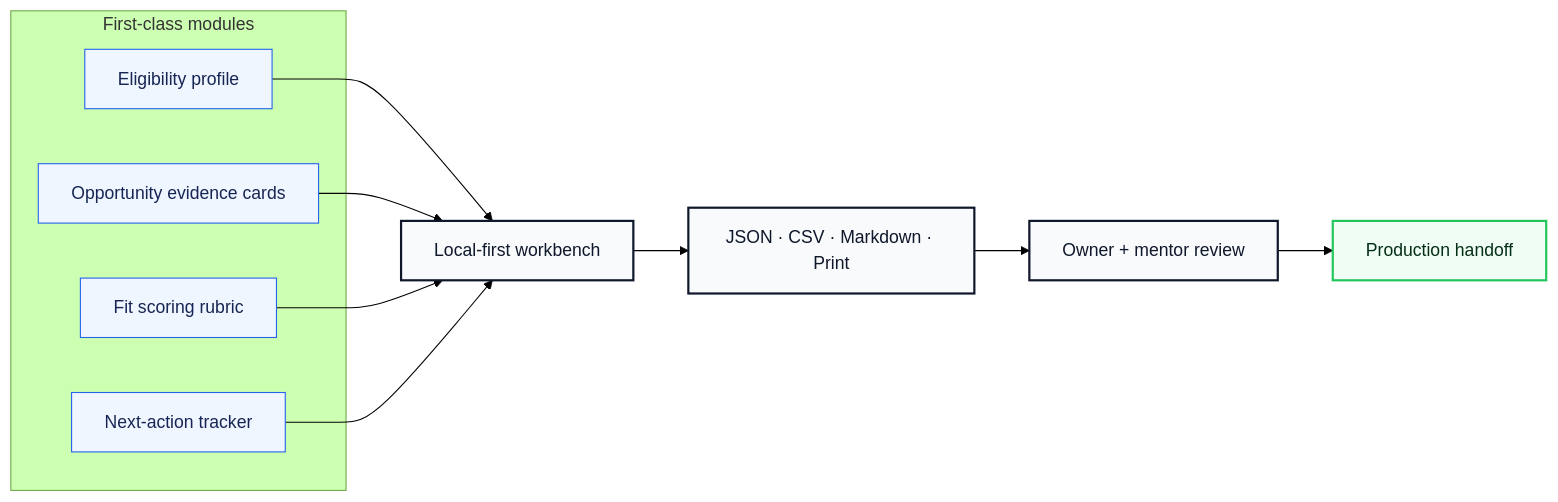
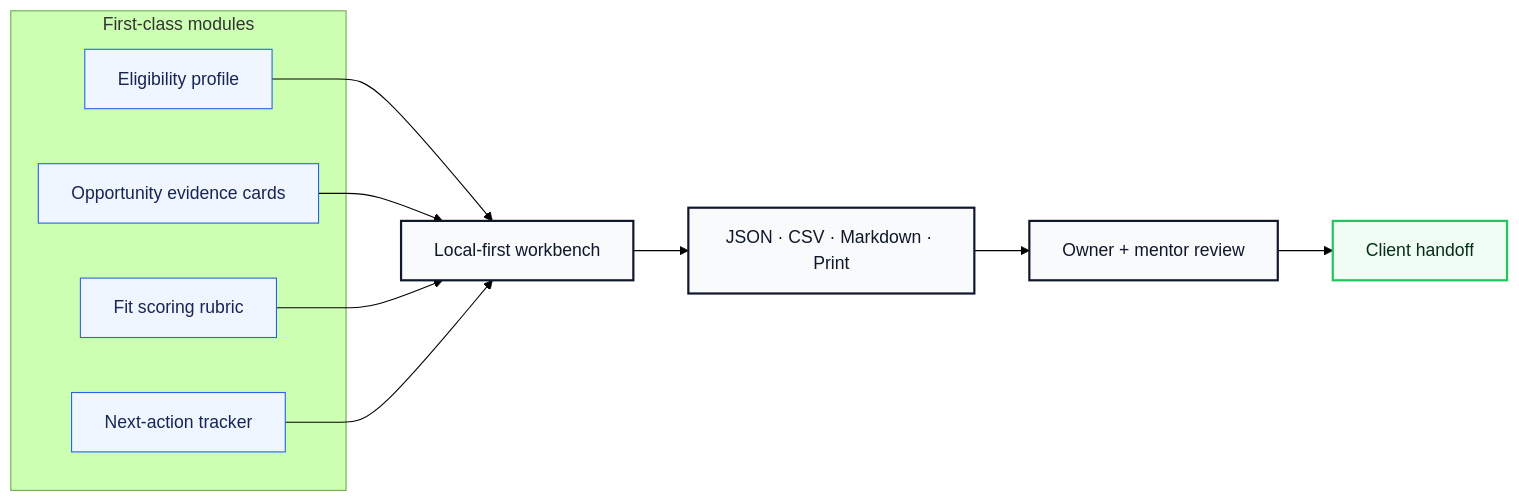
One commit to volta-npo/grant-match-mapper changed the second of 3 diagrams in README.md. Above: the diagram before and after it, drawn with Mermaid (forest theme). The commit also changed other lines of this file and 28 other files, not shown here.

````diff
--- a/README.md
+++ b/README.md
@@ -64,23 +64,23 @@
 ```mermaid
 flowchart LR
     subgraph Modules["First-class modules"]
         M1["Eligibility profile"]
         M2["Opportunity evidence cards"]
         M3["Fit scoring rubric"]
         M4["Next-action tracker"]
     end
     M1 --> Workbench
     M2 --> Workbench
     M3 --> Workbench
     M4 --> Workbench
     Workbench["Local-first workbench"] --> Exports["JSON · CSV · Markdown · Print"]
     Exports --> Review["Owner + mentor review"]
-    Review --> Launch["Production handoff"]
+    Review --> Launch["Client handoff"]
 
     classDef module fill:#eff6ff,stroke:#2563eb,color:#172554;
     classDef app fill:#f8fafc,stroke:#0f172a,color:#0f172a,stroke-width:2px;
     classDef launch fill:#f0fdf4,stroke:#22c55e,color:#052e16,stroke-width:2px;
     class M1,M2,M3,M4 module;
     class Workbench,Exports,Review app;
     class Launch launch;
 ```
````
